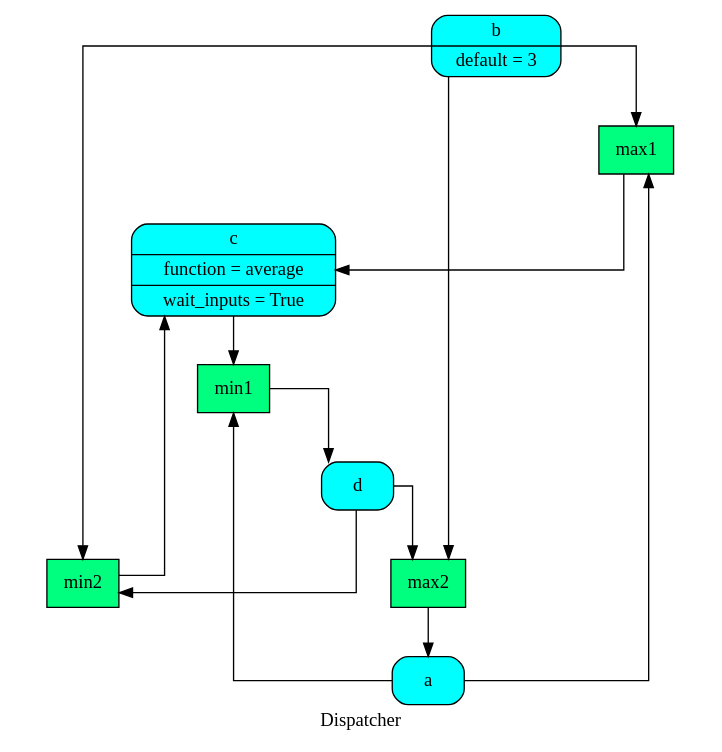
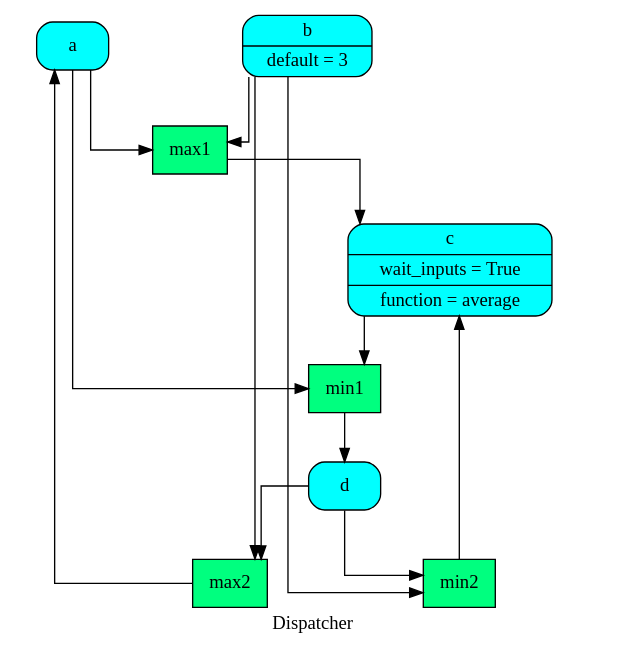
One commit to vinci1it2000/schedula changed the diagram in doc/dispatcher/__init__/remove_cycles/dsp.dot. Above: the diagram before and after it, drawn with Graphviz. The commit also changed 27 other files, not shown here.

```diff
--- a/doc/dispatcher/__init__/remove_cycles/dsp.dot
+++ b/doc/dispatcher/__init__/remove_cycles/dsp.dot
@@ -1,26 +1,26 @@
 digraph Dispatcher {
 	graph [ratio=1]
 	node [style=filled]
+	label = "Dispatcher"
 	splines = ortho
-	label = "Dispatcher"
-		"Dispatcher_-5827508458787275582" [label="{ max1  }" fillcolor=springgreen shape=record]
-		"Dispatcher_-7525193253846915964" [label="{ c | function = average | wait_inputs = True }" fillcolor=cyan shape=Mrecord]
-		Dispatcher_4888498892616184071 [label="{ max2  }" fillcolor=springgreen shape=record]
-		"Dispatcher_-4863238121632644504" [label="{ b | default = 3 }" fillcolor=cyan shape=Mrecord]
-		"Dispatcher_-3617067500707624324" [label="{ min2  }" fillcolor=springgreen shape=record]
-		Dispatcher_2204486394149653195 [label="{ d  }" fillcolor=cyan shape=Mrecord]
-		Dispatcher_5281915415694126460 [label="{ a  }" fillcolor=cyan shape=Mrecord]
-		"Dispatcher_-2659136634860784578" [label="{ min1  }" fillcolor=springgreen shape=record]
-			"Dispatcher_-5827508458787275582" -> "Dispatcher_-7525193253846915964"
-			"Dispatcher_-7525193253846915964" -> "Dispatcher_-2659136634860784578"
-			Dispatcher_4888498892616184071 -> Dispatcher_5281915415694126460
-			"Dispatcher_-4863238121632644504" -> "Dispatcher_-5827508458787275582"
-			"Dispatcher_-4863238121632644504" -> "Dispatcher_-3617067500707624324"
-			"Dispatcher_-4863238121632644504" -> Dispatcher_4888498892616184071
-			"Dispatcher_-3617067500707624324" -> "Dispatcher_-7525193253846915964"
-			Dispatcher_2204486394149653195 -> "Dispatcher_-3617067500707624324"
-			Dispatcher_2204486394149653195 -> Dispatcher_4888498892616184071
-			Dispatcher_5281915415694126460 -> "Dispatcher_-5827508458787275582"
-			Dispatcher_5281915415694126460 -> "Dispatcher_-2659136634860784578"
-			"Dispatcher_-2659136634860784578" -> Dispatcher_2204486394149653195
+		Dispatcher_5285838715725610368 [label="{ a  }" fillcolor=cyan shape=Mrecord]
+		Dispatcher_5228659166606141328 [label="{ max2  }" fillcolor=springgreen shape=record]
+		"Dispatcher_-1283898629557077595" [label="{ c | wait_inputs = True | function = average }" fillcolor=cyan shape=Mrecord]
+		Dispatcher_5113480376194660071 [label="{ max1  }" fillcolor=springgreen shape=record]
+		"Dispatcher_-4776872530784439559" [label="{ d  }" fillcolor=cyan shape=Mrecord]
+		Dispatcher_842756815190668186 [label="{ b | default = 3 }" fillcolor=cyan shape=Mrecord]
+		"Dispatcher_-4728119976605452165" [label="{ min1  }" fillcolor=springgreen shape=record]
+		"Dispatcher_-5866027674290963522" [label="{ min2  }" fillcolor=springgreen shape=record]
+			Dispatcher_5285838715725610368 -> "Dispatcher_-4728119976605452165"
+			Dispatcher_5285838715725610368 -> Dispatcher_5113480376194660071
+			Dispatcher_5228659166606141328 -> Dispatcher_5285838715725610368
+			"Dispatcher_-1283898629557077595" -> "Dispatcher_-4728119976605452165"
+			Dispatcher_5113480376194660071 -> "Dispatcher_-1283898629557077595"
+			"Dispatcher_-4776872530784439559" -> Dispatcher_5228659166606141328
+			"Dispatcher_-4776872530784439559" -> "Dispatcher_-5866027674290963522"
+			Dispatcher_842756815190668186 -> Dispatcher_5228659166606141328
+			Dispatcher_842756815190668186 -> "Dispatcher_-5866027674290963522"
+			Dispatcher_842756815190668186 -> Dispatcher_5113480376194660071
+			"Dispatcher_-4728119976605452165" -> "Dispatcher_-4776872530784439559"
+			"Dispatcher_-5866027674290963522" -> "Dispatcher_-1283898629557077595"
 }
```
